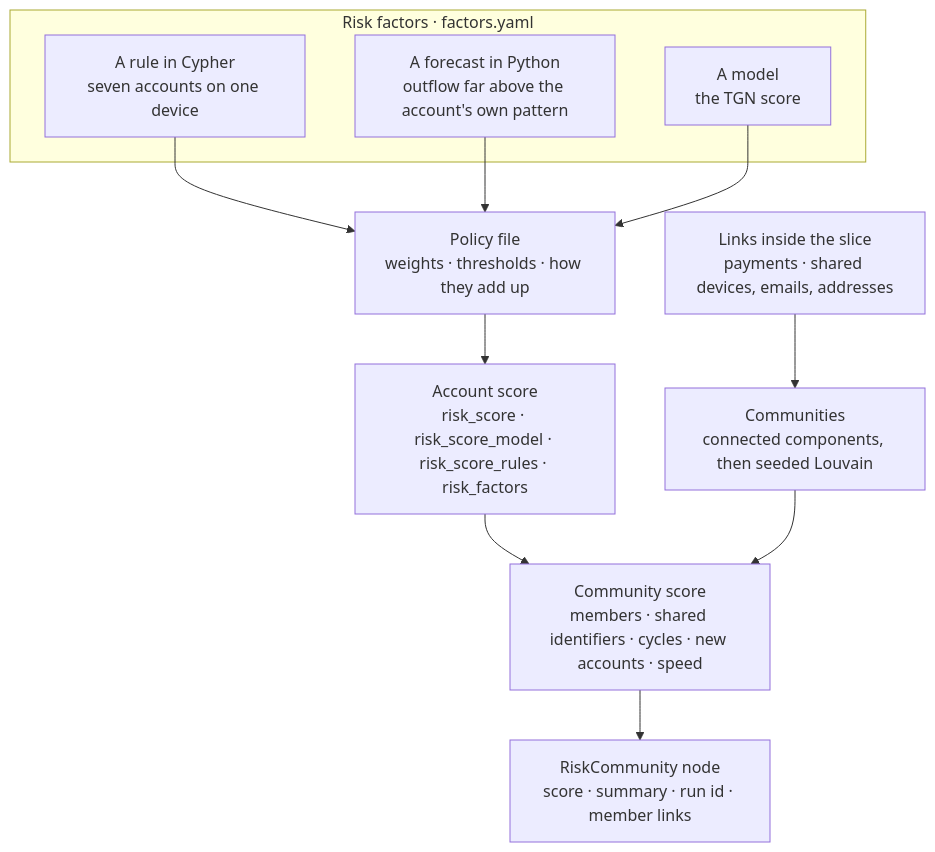
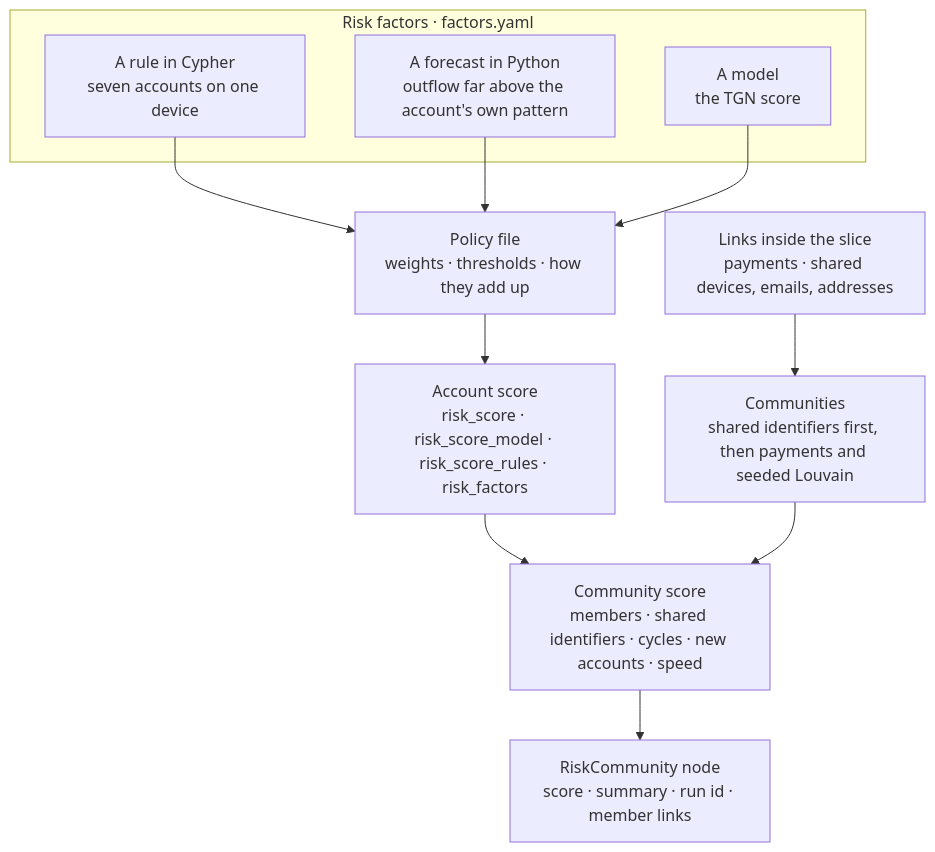
The diagram in architecture-docs/04-risk-scores.md (EastridgeAnalytics/subgraph-lab), drawn with Mermaid before and after one commit. The commit also changed other lines of this file and 12 other files, not shown here.

````diff
--- a/architecture-docs/04-risk-scores.md
+++ b/architecture-docs/04-risk-scores.md
@@ -6,20 +6,20 @@
 ```mermaid
 flowchart TB
   subgraph factors["Risk factors · factors.yaml"]
     rule["A rule in Cypher<br/>seven accounts on one device"]
     fc["A forecast in Python<br/>outflow far above the account's own pattern"]
     model["A model<br/>the TGN score"]
   end
   policy["Policy file<br/>weights · thresholds · how they add up"]
   account["Account score<br/>risk_score · risk_score_model · risk_score_rules · risk_factors"]
   links["Links inside the slice<br/>payments · shared devices, emails, addresses"]
-  comm["Communities<br/>connected components, then seeded Louvain"]
+  comm["Communities<br/>shared identifiers first, then payments and seeded Louvain"]
   cscore["Community score<br/>members · shared identifiers · cycles · new accounts · speed"]
   node["RiskCommunity node<br/>score · summary · run id · member links"]
   rule --> policy
   fc --> policy
   model --> policy
   policy --> account
   account --> cscore
   links --> comm --> cscore --> node
 ```
````
